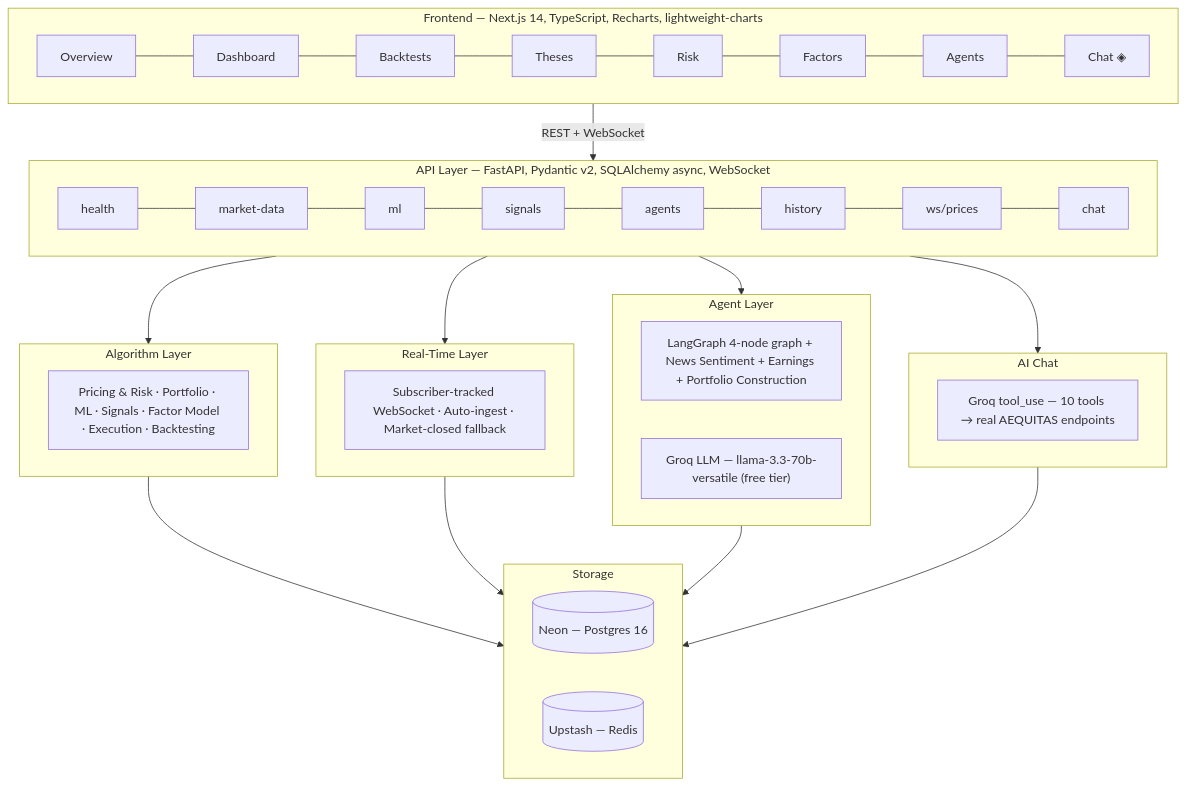
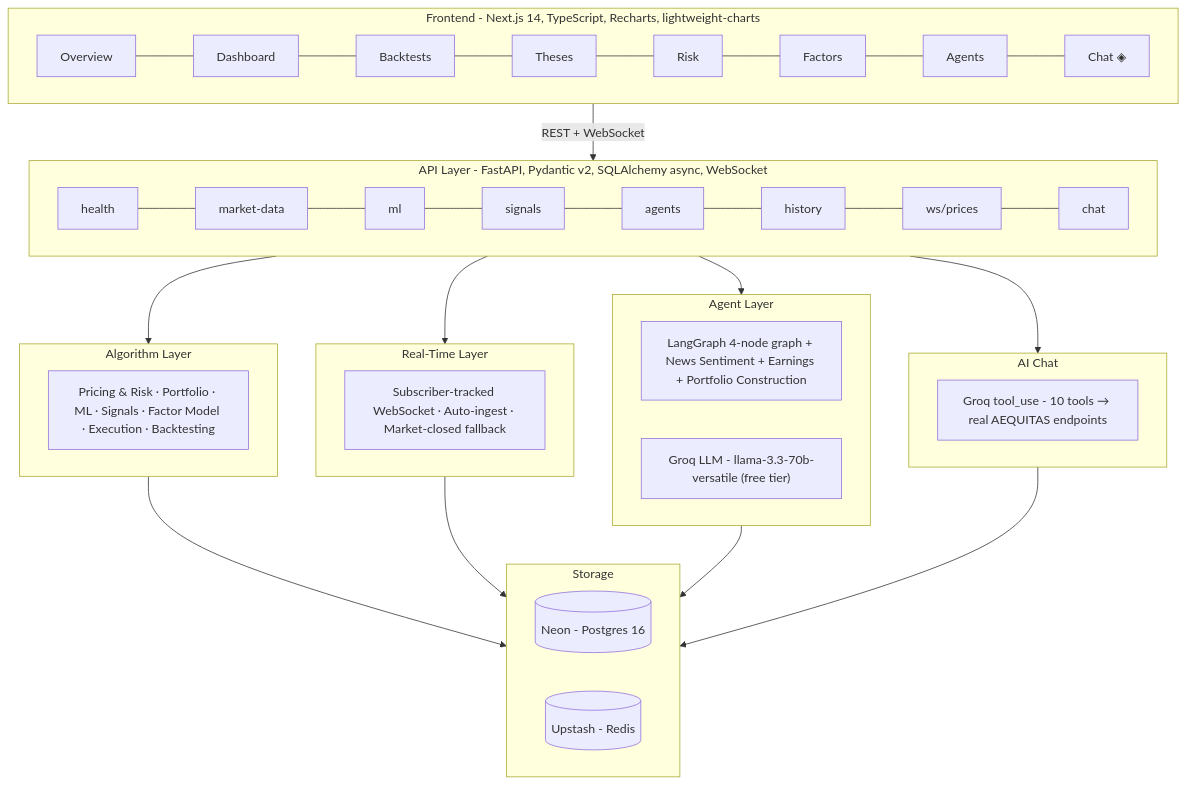
Before and after one commit to CodeRockerr/AEQUITAS: the first of 2 diagrams in README.md, drawn with Mermaid. The commit also changed other lines of this file and 66 other files, not shown here.

````diff
--- a/README.md
+++ b/README.md
@@ -47,38 +47,38 @@
 ```mermaid
 flowchart TB
-    subgraph Frontend["Frontend — Next.js 14, TypeScript, Recharts, lightweight-charts"]
+    subgraph Frontend["Frontend - Next.js 14, TypeScript, Recharts, lightweight-charts"]
         direction LR
         F1["Overview"] --- F2["Dashboard"] --- F3["Backtests"] --- F4["Theses"] --- F5["Risk"] --- F6["Factors"] --- F7["Agents"] --- F8["Chat ◈"]
     end
 
-    subgraph API["API Layer — FastAPI, Pydantic v2, SQLAlchemy async, WebSocket"]
+    subgraph API["API Layer - FastAPI, Pydantic v2, SQLAlchemy async, WebSocket"]
         direction LR
         A1["health"] --- A2["market-data"] --- A3["ml"] --- A4["signals"] --- A5["agents"] --- A6["history"] --- A7["ws/prices"] --- A8["chat"]
     end
 
     subgraph Algo["Algorithm Layer"]
         AL1["Pricing & Risk · Portfolio · ML · Signals · Factor Model · Execution · Backtesting"]
     end
 
     subgraph Stream["Real-Time Layer"]
         ST1["Subscriber-tracked WebSocket · Auto-ingest · Market-closed fallback"]
     end
 
     subgraph Agent["Agent Layer"]
         AG1["LangGraph 4-node graph + News Sentiment + Earnings + Portfolio Construction"]
-        AG2["Groq LLM — llama-3.3-70b-versatile (free tier)"]
+        AG2["Groq LLM - llama-3.3-70b-versatile (free tier)"]
     end
 
     subgraph Chat["AI Chat"]
-        CH1["Groq tool_use — 10 tools → real AEQUITAS endpoints"]
+        CH1["Groq tool_use - 10 tools → real AEQUITAS endpoints"]
     end
 
     subgraph Storage["Storage"]
-        S1[("Neon — Postgres 16")]
-        S2[("Upstash — Redis")]
+        S1[("Neon - Postgres 16")]
+        S2[("Upstash - Redis")]
     end
 
     Frontend -->|"REST + WebSocket"| API
     API --> Algo & Stream & Agent & Chat
     Algo & Stream & Agent & Chat --> Storage
 ```
````
